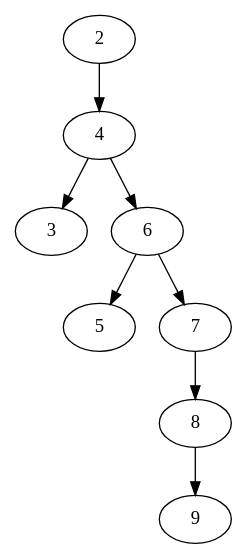
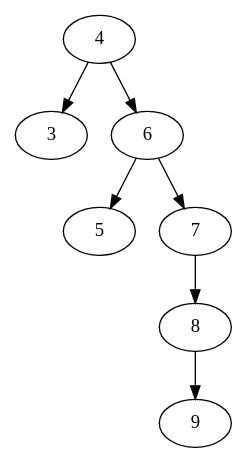
The diagram in Unidad I/PAC III 2019/BST/test.dot (BryanBlacks/Algoritmos-y-Estructuras-de-Datos), drawn with Graphviz before and after one commit. The commit also changed 16 other files, not shown here.

```diff
--- a/Unidad I/PAC III 2019/BST/test.dot
+++ b/Unidad I/PAC III 2019/BST/test.dot
@@ -1,9 +1,8 @@
-strict digraph "" {
-	2 -> 4;
+strict digraph  {
 	4 -> 3;
 	4 -> 6;
+	8 -> 9;
 	6 -> 5;
 	6 -> 7;
 	7 -> 8;
-	8 -> 9;
 }
```
